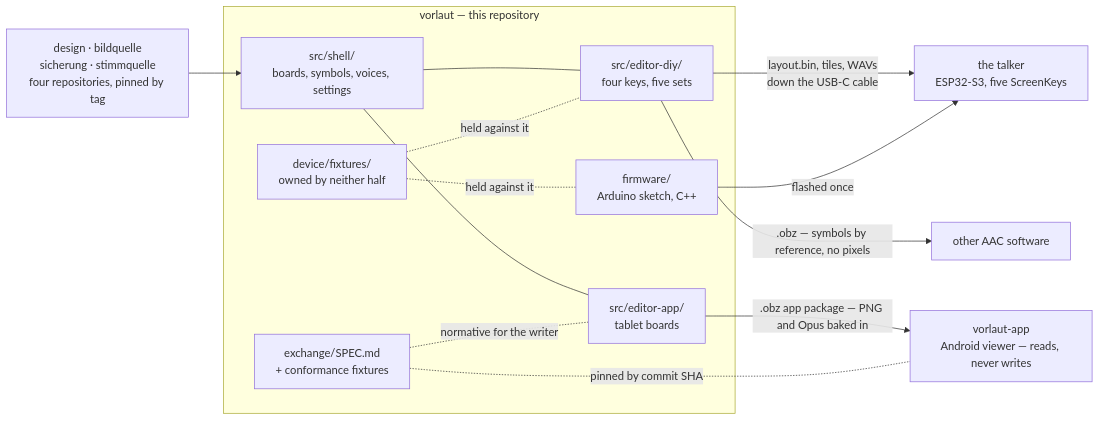
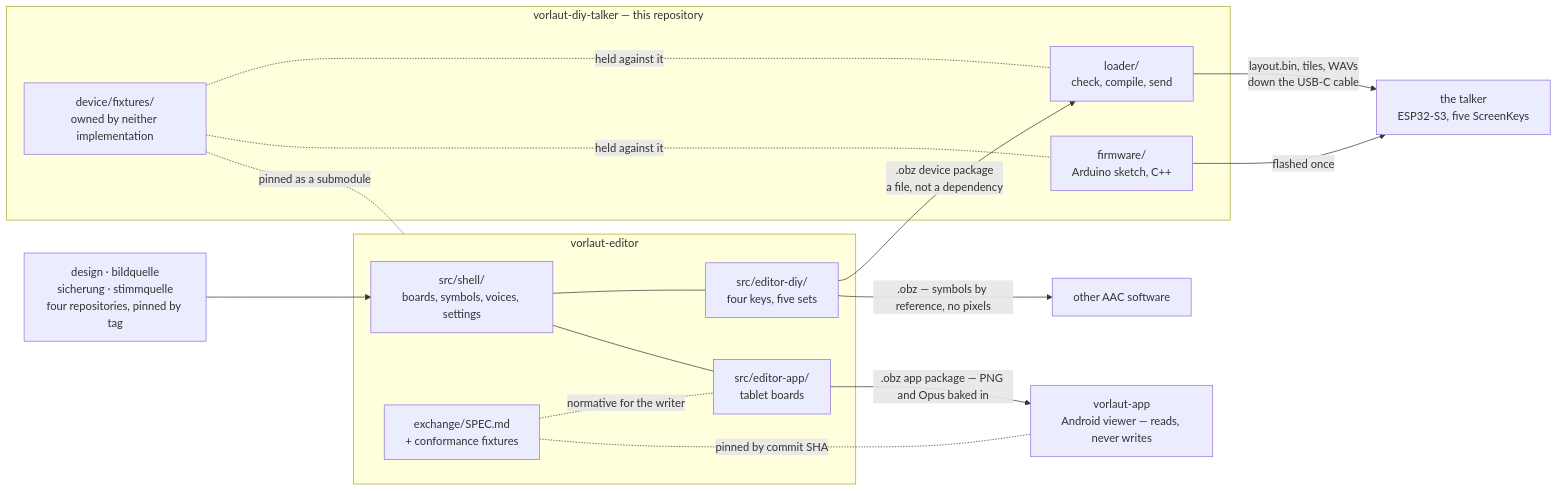
The diagram in docs/repository-map.md (Lautstark/vorlaut-diy-talker), drawn with Mermaid before and after one commit. The commit also changed other lines of this file and 255 other files, not shown here.

First line of the commit message:
feat!: the talker keeps the repository, and the loader page takes the root

````diff
--- a/docs/repository-map.md
+++ b/docs/repository-map.md
@@ -42,31 +42,37 @@
 ```mermaid
 flowchart LR
   PKGS["design · bildquelle<br/>sicherung · stimmquelle<br/>four repositories, pinned by tag"]
 
-  subgraph V["vorlaut — this repository"]
+  subgraph E["vorlaut-editor"]
     SH["src/shell/<br/>boards, symbols, voices, settings"]
     DIY["src/editor-diy/<br/>four keys, five sets"]
-    DEV["device/fixtures/<br/>owned by neither half"]
-    FW["firmware/<br/>Arduino sketch, C++"]
     APP["src/editor-app/<br/>tablet boards"]
     EX["exchange/SPEC.md<br/>+ conformance fixtures"]
+  end
+
+  subgraph V["vorlaut-diy-talker — this repository"]
+    LOAD["loader/<br/>check, compile, send"]
+    DEV["device/fixtures/<br/>owned by neither implementation"]
+    FW["firmware/<br/>Arduino sketch, C++"]
   end
 
   TALKER["the talker<br/>ESP32-S3, five ScreenKeys"]
   AAC["other AAC software"]
   VA["vorlaut-app<br/>Android viewer — reads, never writes"]
 
   PKGS --> SH
   SH --- DIY
   SH --- APP
 
-  DIY -->|"layout.bin, tiles, WAVs<br/>down the USB-C cable"| TALKER
+  DIY -->|".obz device package<br/>a file, not a dependency"| LOAD
+  LOAD -->|"layout.bin, tiles, WAVs<br/>down the USB-C cable"| TALKER
   DIY -->|".obz — symbols by reference, no pixels"| AAC
   APP -->|".obz app package — PNG and Opus baked in"| VA
   FW -->|"flashed once"| TALKER
 
-  DEV -.-|held against it| DIY
+  DEV -.-|held against it| LOAD
   DEV -.-|held against it| FW
+  DEV -.-|pinned as a submodule| E
   EX -.-|normative for the writer| APP
   EX -.-|pinned by commit SHA| VA
 ```
````
